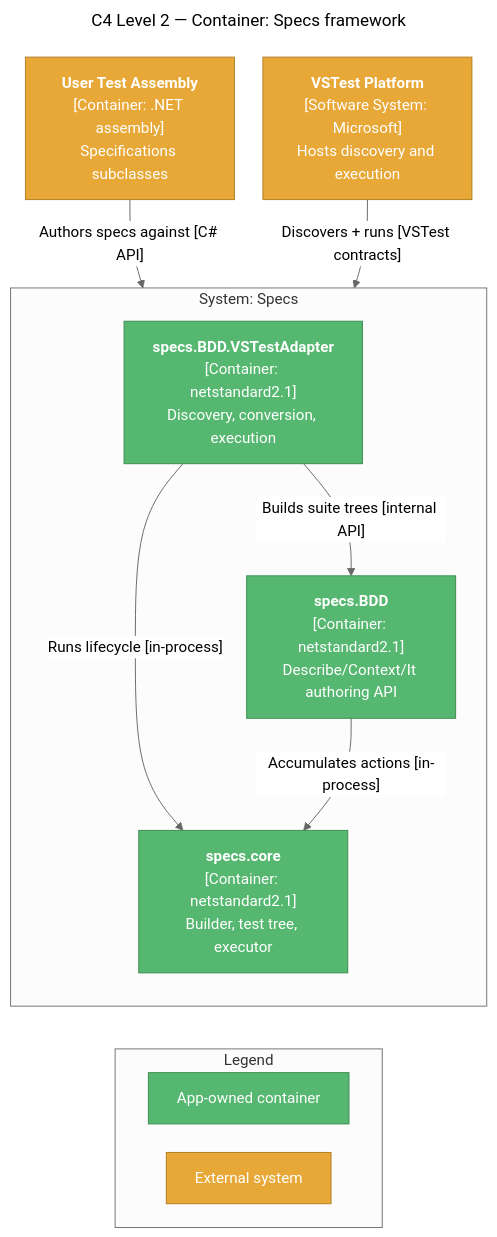
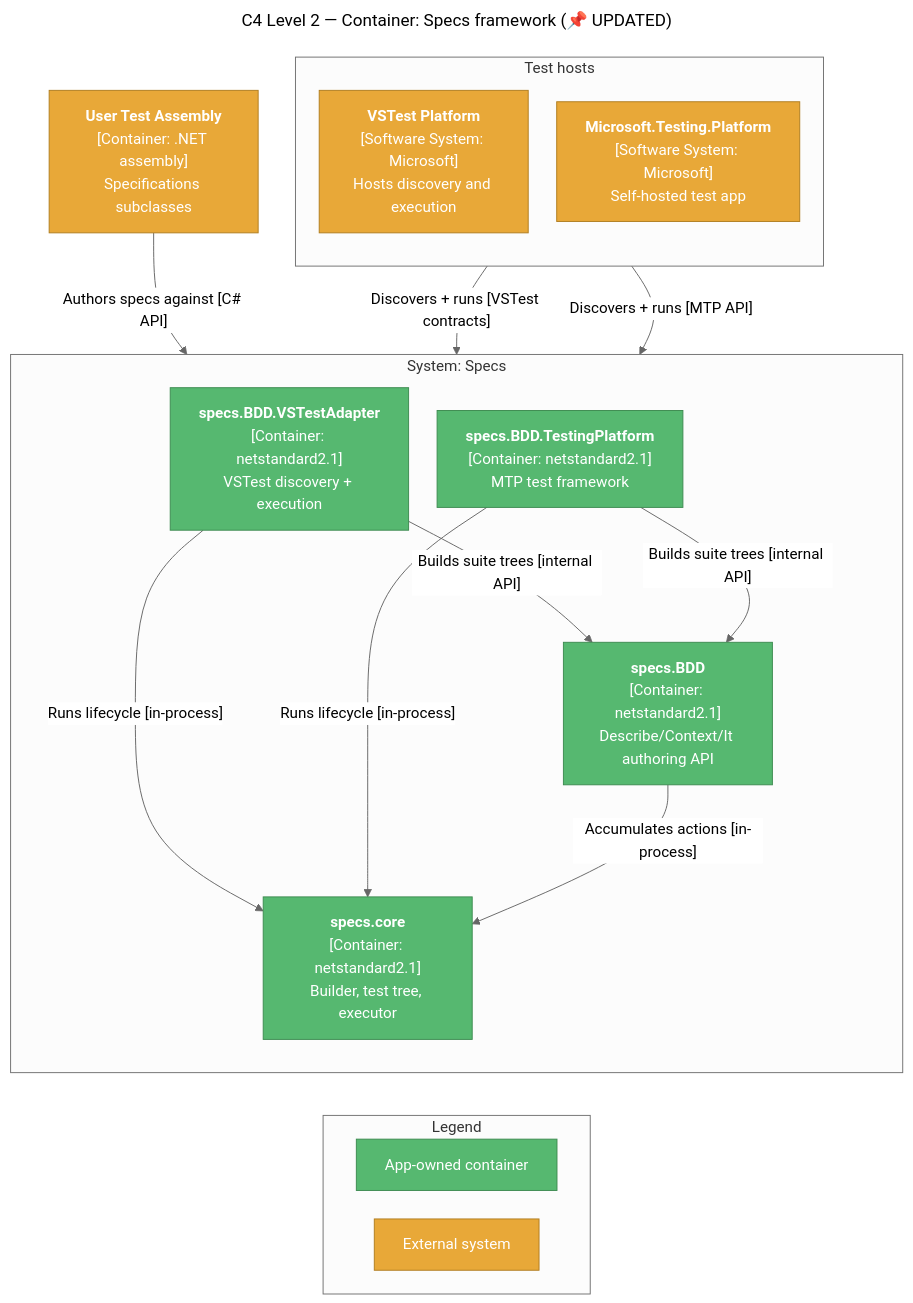
Before and after one commit to yozepi/Specs: the first of 29 diagrams in memory-bank/systemPatterns.md, drawn with Mermaid. The commit also changed other lines of this file and 103 other files, not shown here.

First line of the commit message:
Add Microsoft.Testing.Platform runner for Specs (#3)

````diff
--- a/memory-bank/systemPatterns.md
+++ b/memory-bank/systemPatterns.md
@@ -7,33 +7,41 @@
 ```mermaid
 ---
-title: "C4 Level 2 — Container: Specs framework"
+title: "C4 Level 2 — Container: Specs framework (📌 UPDATED)"
 ---
 %%{init: {'theme': 'neutral', 'flowchart': {'nodeSpacing': 30, 'rankSpacing': 45, 'wrappingWidth': 160}}}%%
 flowchart TD
-    VST["<b>VSTest Platform</b><br/>[Software System: Microsoft]<br/>Hosts discovery and execution"]:::external
+    subgraph HOSTS["Test hosts"]
+        direction TB
+        VST["<b>VSTest Platform</b><br/>[Software System: Microsoft]<br/>Hosts discovery and execution"]:::external
+        MTP["<b>Microsoft.Testing.Platform</b><br/>[Software System: Microsoft]<br/>Self-hosted test app"]:::external
+    end
     USR["<b>User Test Assembly</b><br/>[Container: .NET assembly]<br/>Specifications subclasses"]:::external
 
     subgraph SPECS["System: Specs"]
         direction TB
-        ADP["<b>specs.BDD.VSTestAdapter</b><br/>[Container: netstandard2.1]<br/>Discovery, conversion, execution"]:::app
+        ADP["<b>specs.BDD.VSTestAdapter</b><br/>[Container: netstandard2.1]<br/>VSTest discovery + execution"]:::app
+        TP["<b>specs.BDD.TestingPlatform</b><br/>[Container: netstandard2.1]<br/>MTP test framework"]:::app
         BDD["<b>specs.BDD</b><br/>[Container: netstandard2.1]<br/>Describe/Context/It authoring API"]:::app
         CORE["<b>specs.core</b><br/>[Container: netstandard2.1]<br/>Builder, test tree, executor"]:::app
     end
 
     USR -->|"Authors specs against [C# API]"| BDD
     VST -->|"Discovers + runs [VSTest contracts]"| ADP
+    MTP -->|"Discovers + runs [MTP API]"| TP
     ADP -->|"Builds suite trees [internal API]"| BDD
+    TP -->|"Builds suite trees [internal API]"| BDD
     ADP -->|"Runs lifecycle [in-process]"| CORE
+    TP -->|"Runs lifecycle [in-process]"| CORE
     BDD -->|"Accumulates actions [in-process]"| CORE
 
     subgraph LEGEND["Legend"]
         direction LR
         L1["App-owned container"]:::app
         L2["External system"]:::external
     end
 
     CORE ~~~ LEGEND
 
     classDef app fill:#56B870,stroke:#3D8B50,color:#fff
     classDef external fill:#E8A838,stroke:#B07D20,color:#fff
 ```
````
